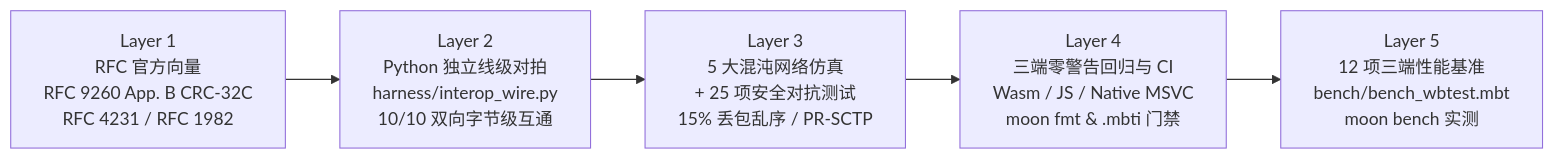
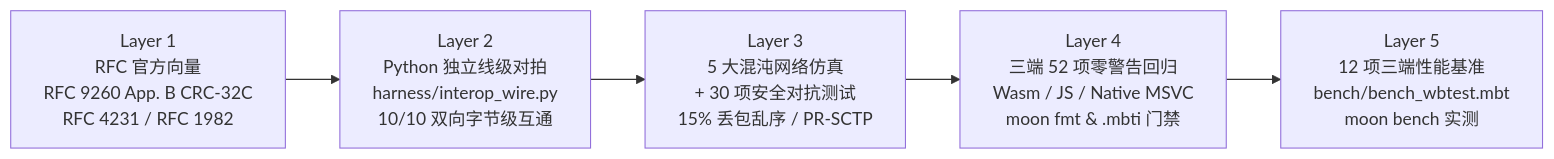
Before and after one commit to CoolrfulDARkness/moonsctp: the diagram in docs/VERIFICATION_LOG.md, drawn with Mermaid. The commit also changed other lines of this file and 9 other files, not shown here.

````diff
--- a/docs/VERIFICATION_LOG.md
+++ b/docs/VERIFICATION_LOG.md
@@ -11,10 +11,10 @@
 ```mermaid
 flowchart LR
     L1["Layer 1\nRFC 官方向量\nRFC 9260 App. B CRC-32C\nRFC 4231 / RFC 1982"]
     L2["Layer 2\nPython 独立线级对拍\nharness/interop_wire.py\n10/10 双向字节级互通"]
-    L3["Layer 3\n5 大混沌网络仿真\n+ 25 项安全对抗测试\n15% 丢包乱序 / PR-SCTP"]
-    L4["Layer 4\n三端零警告回归与 CI\nWasm / JS / Native MSVC\nmoon fmt & .mbti 门禁"]
+    L3["Layer 3\n5 大混沌网络仿真\n+ 30 项安全对抗测试\n15% 丢包乱序 / PR-SCTP"]
+    L4["Layer 4\n三端 52 项零警告回归\nWasm / JS / Native MSVC\nmoon fmt & .mbti 门禁"]
     L5["Layer 5\n12 项三端性能基准\nbench/bench_wbtest.mbt\nmoon bench 实测"]
 
     L1 --> L2 --> L3 --> L4 --> L5
 ```
````
